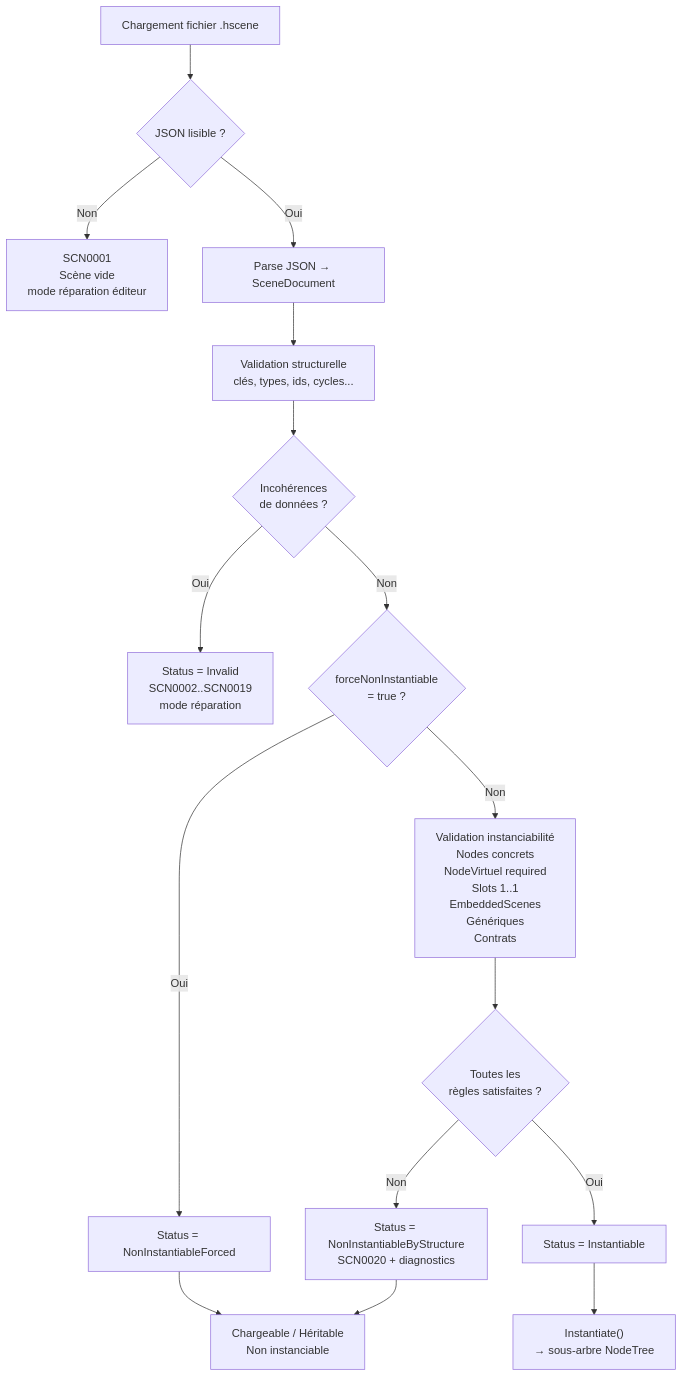
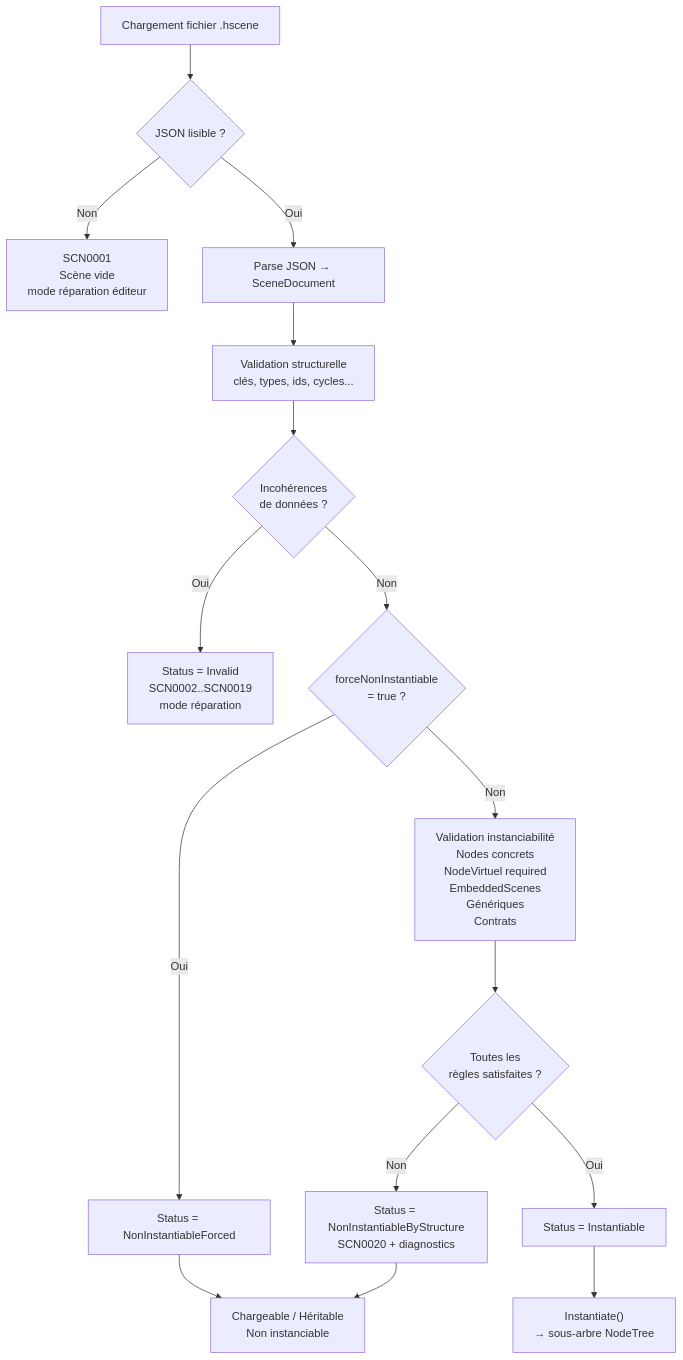
One commit to OmarAboudou/HumbleEngine changed the first of 4 diagrams in Docs/spec-scene.md. Above: the diagram before and after it, drawn with Mermaid. The commit also changed other lines of this file and 6 other files, not shown here.

````diff
--- a/Docs/spec-scene.md
+++ b/Docs/spec-scene.md
@@ -46,18 +46,18 @@
 ```mermaid
 flowchart TD
   A["Chargement fichier .hscene"] --> B{"JSON lisible ?"}
   B -->|"Non"| C["SCN0001\nScène vide\nmode réparation éditeur"]
   B -->|"Oui"| D["Parse JSON → SceneDocument"]
   D --> E["Validation structurelle\nclés, types, ids, cycles..."]
   E --> F{"Incohérences\nde données ?"}
   F -->|"Oui"| G["Status = Invalid\nSCN0002..SCN0019\nmode réparation"]
   F -->|"Non"| H{"forceNonInstantiable\n= true ?"}
   H -->|"Oui"| I["Status = NonInstantiableForced"]
-  H -->|"Non"| J["Validation instanciabilité\nNodes concrets\nNodeVirtuel required\nSlots 1..1\nEmbeddedScenes\nGénériques\nContrats"]
+  H -->|"Non"| J["Validation instanciabilité\nNodes concrets\nNodeVirtuel required\nEmbeddedScenes\nGénériques\nContrats"]
   J --> K{"Toutes les\nrègles satisfaites ?"}
   K -->|"Non"| L["Status = NonInstantiableByStructure\nSCN0020 + diagnostics"]
   K -->|"Oui"| M["Status = Instantiable"]
   M --> N["Instantiate()\n→ sous-arbre NodeTree"]
   I --> O["Chargeable / Héritable\nNon instanciable"]
   L --> O
 ```
````
